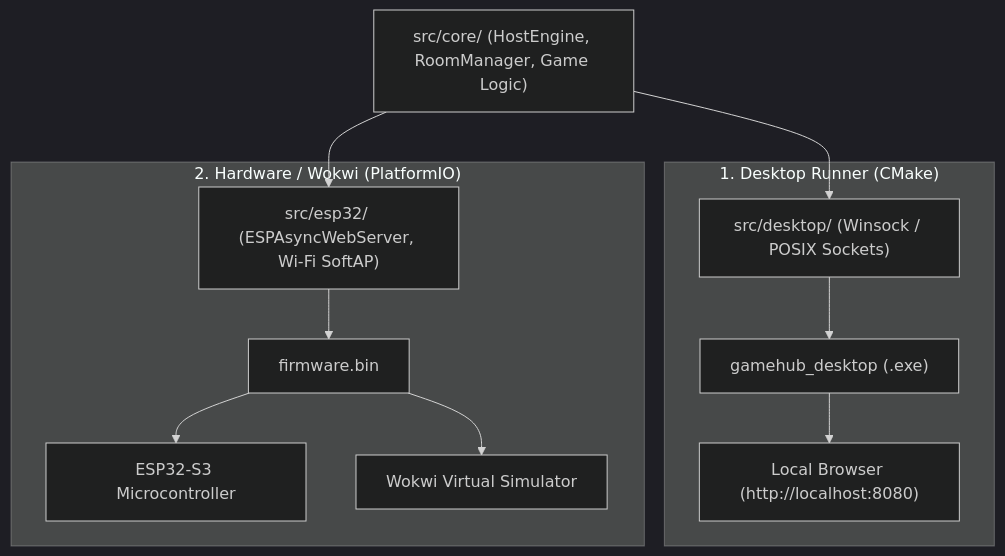
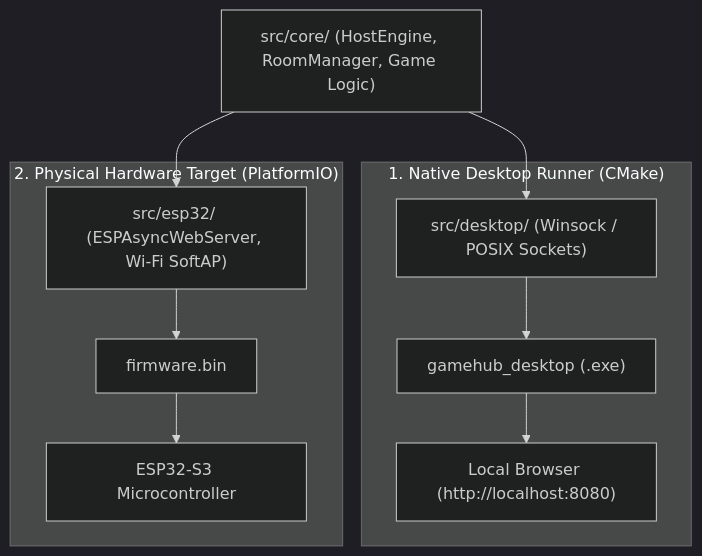
One commit to nirinovich/gamebox-esp32 changed the diagram in docs/architecture/07-dual-target-desktop-and-simulation.md. Above: the diagram before and after it, drawn with Mermaid (dark theme). The commit also changed other lines of this file and 47 other files, not shown here.

Commit message:
refactor(core): reconcile OOP architecture and GoF patterns across parlor games

````diff
--- a/docs/architecture/07-dual-target-desktop-and-simulation.md
+++ b/docs/architecture/07-dual-target-desktop-and-simulation.md
@@ -16,22 +16,20 @@
 ```mermaid
 graph TD
     Core["src/core/ (HostEngine, RoomManager, Game Logic)"]
     
-    subgraph DesktopTarget ["1. Desktop Runner (CMake)"]
+    subgraph DesktopTarget ["1. Native Desktop Runner (CMake)"]
         DeskNet["src/desktop/ (Winsock / POSIX Sockets)"]
         DeskBin["gamehub_desktop (.exe)"]
         Browser["Local Browser (http://localhost:8080)"]
     end
     
-    subgraph HardwareTarget ["2. Hardware / Wokwi (PlatformIO)"]
+    subgraph HardwareTarget ["2. Physical Hardware Target (PlatformIO)"]
         ESPNet["src/esp32/ (ESPAsyncWebServer, Wi-Fi SoftAP)"]
         Firmware["firmware.bin"]
         Hardware["ESP32-S3 Microcontroller"]
-        Wokwi["Wokwi Virtual Simulator"]
     end
 
     Core --> DeskNet --> DeskBin --> Browser
     Core --> ESPNet --> Firmware
     Firmware --> Hardware
-    Firmware --> Wokwi
 ```
````
